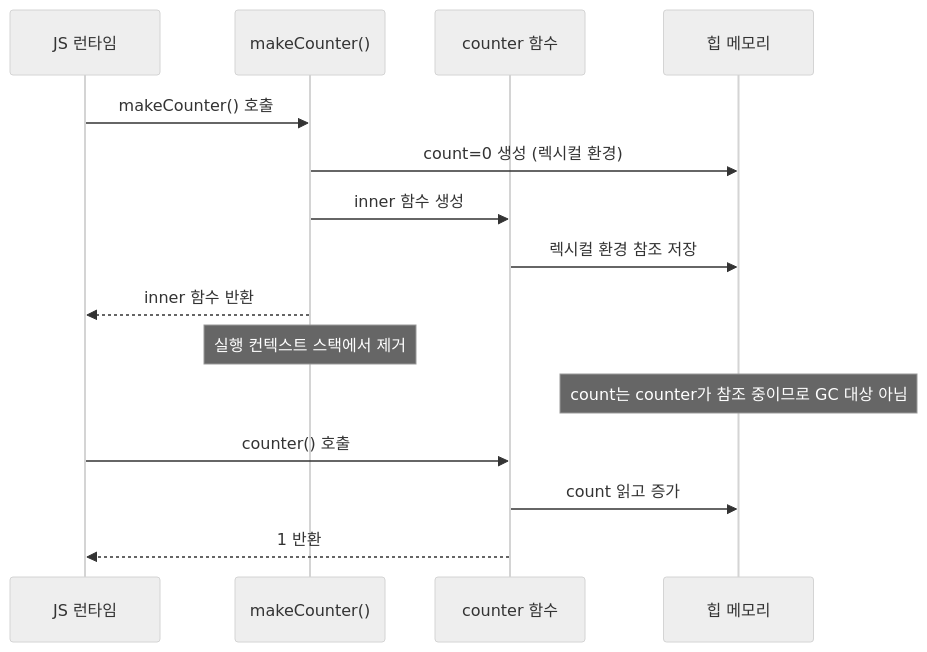
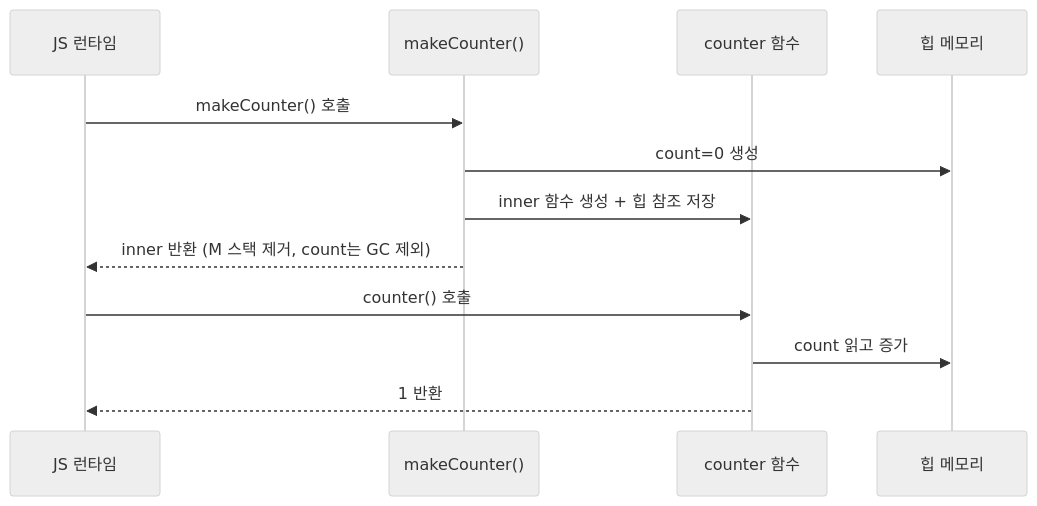
One commit to yjkim2015/yjkim2015.github.io changed the third of 8 diagrams in _posts/frontend/2026-05-02-js-closure.md. Above: the diagram before and after it, drawn with Mermaid (neutral theme). The commit also changed other lines of this file and 215 other files, not shown here.

First line of the commit message:
신규 포스트 10개 추가 + Mermaid 전면 축소 + SystemDesign 시리즈 보강

````diff
--- a/_posts/frontend/2026-05-02-js-closure.md
+++ b/_posts/frontend/2026-05-02-js-closure.md
@@ -130,20 +106,14 @@
 ```mermaid
 sequenceDiagram
-    participant Runtime as JS 런타임
-    participant MakeCounter as makeCounter()
-    participant Counter as counter 함수
-    participant Heap as 힙 메모리
-
-    Runtime->>MakeCounter: makeCounter() 호출
-    MakeCounter->>Heap: count=0 생성 (렉시컬 환경)
-    MakeCounter->>Counter: inner 함수 생성
-    Counter->>Heap: 렉시컬 환경 참조 저장
-    MakeCounter-->>Runtime: inner 함수 반환
-
-    Note over MakeCounter: 실행 컨텍스트 스택에서 제거
-    Note over Heap: count는 counter가 참조 중이므로 GC 대상 아님
-
-    Runtime->>Counter: counter() 호출
-    Counter->>Heap: count 읽고 증가
-    Counter-->>Runtime: 1 반환
+    participant R as JS 런타임
+    participant M as makeCounter()
+    participant C as counter 함수
+    participant H as 힙 메모리
+    R->>M: makeCounter() 호출
+    M->>H: count=0 생성
+    M->>C: inner 함수 생성 + 힙 참조 저장
+    M-->>R: inner 반환 (M 스택 제거, count는 GC 제외)
+    R->>C: counter() 호출
+    C->>H: count 읽고 증가
+    C-->>R: 1 반환
 ```
````
